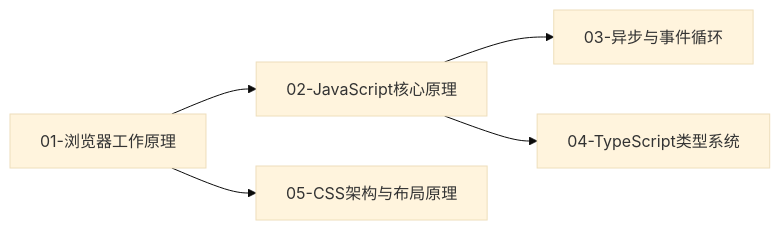
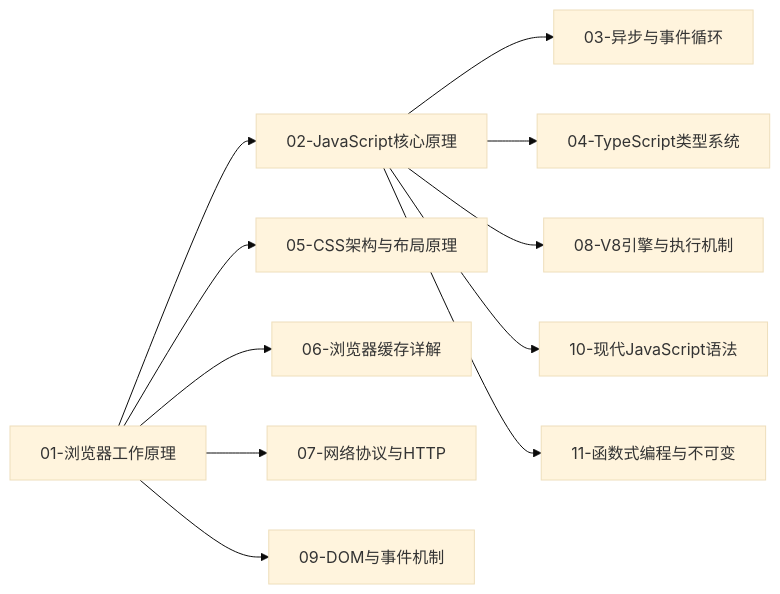
The second of 2 diagrams in 01-基础内功/00-本章导读.md (c-builder/study), drawn with Mermaid (base theme) before and after one commit. The commit also changed other lines of this file and 63 other files, not shown here.

````diff
--- a/01-基础内功/00-本章导读.md
+++ b/01-基础内功/00-本章导读.md
@@ -37,7 +52,13 @@
 ```mermaid
 flowchart LR
     A[01-浏览器工作原理] --> B[02-JavaScript核心原理]
     B --> C[03-异步与事件循环]
     B --> D[04-TypeScript类型系统]
     A --> E[05-CSS架构与布局原理]
+    A --> F[06-浏览器缓存详解]
+    A --> G[07-网络协议与HTTP]
+    B --> H[08-V8引擎与执行机制]
+    A --> I[09-DOM与事件机制]
+    B --> J[10-现代JavaScript语法]
+    B --> K[11-函数式编程与不可变]
 ```
````
